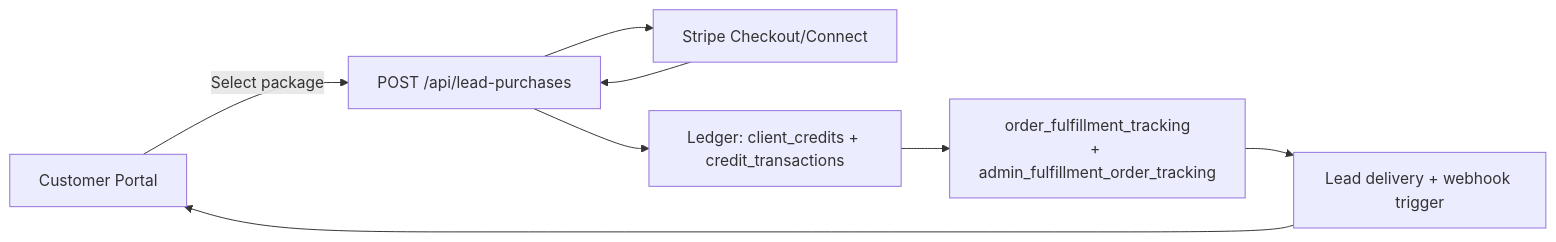
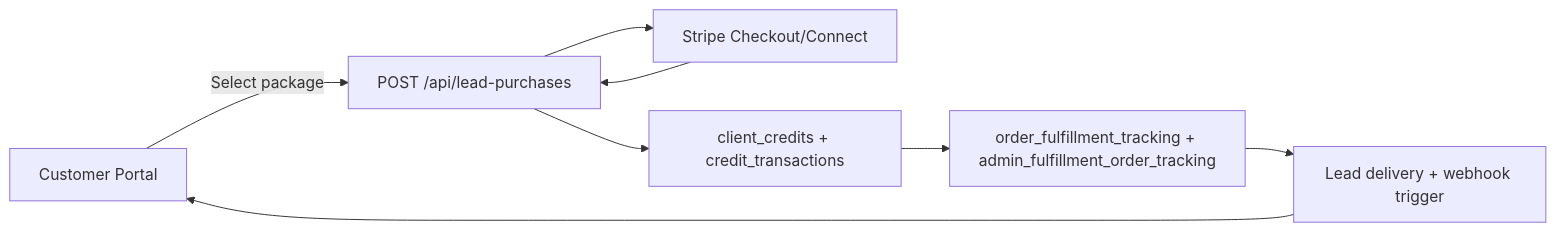
One commit to Emperzxc/mini-CRM changed the third of 7 diagrams in README.md. Above: the diagram before and after it, drawn with Mermaid. The commit also changed other lines of this file, not shown here.

````diff
--- a/README.md
+++ b/README.md
@@ -81,10 +77,10 @@
 ```mermaid
 flowchart LR
-  Cust[Customer Portal] -->|Select package| LP[POST /api/lead-purchases]
-  LP --> Pay[Stripe Checkout/Connect]
-  Pay --> LP
-  LP --> Credits[Ledger: client_credits + credit_transactions]
-  Credits --> Fulfill[order_fulfillment_tracking<br/>+ admin_fulfillment_order_tracking]
-  Fulfill --> Deliver[Lead delivery + webhook trigger]
-  Deliver --> Cust
+  Customer[Customer Portal] -->|Select package| Purchase[POST /api/lead-purchases]
+  Purchase --> Checkout[Stripe Checkout/Connect]
+  Checkout --> Purchase
+  Purchase --> Ledger[client_credits + credit_transactions]
+  Ledger --> Fulfill[order_fulfillment_tracking + admin_fulfillment_order_tracking]
+  Fulfill --> Delivery[Lead delivery + webhook trigger]
+  Delivery --> Customer
 ```
````
